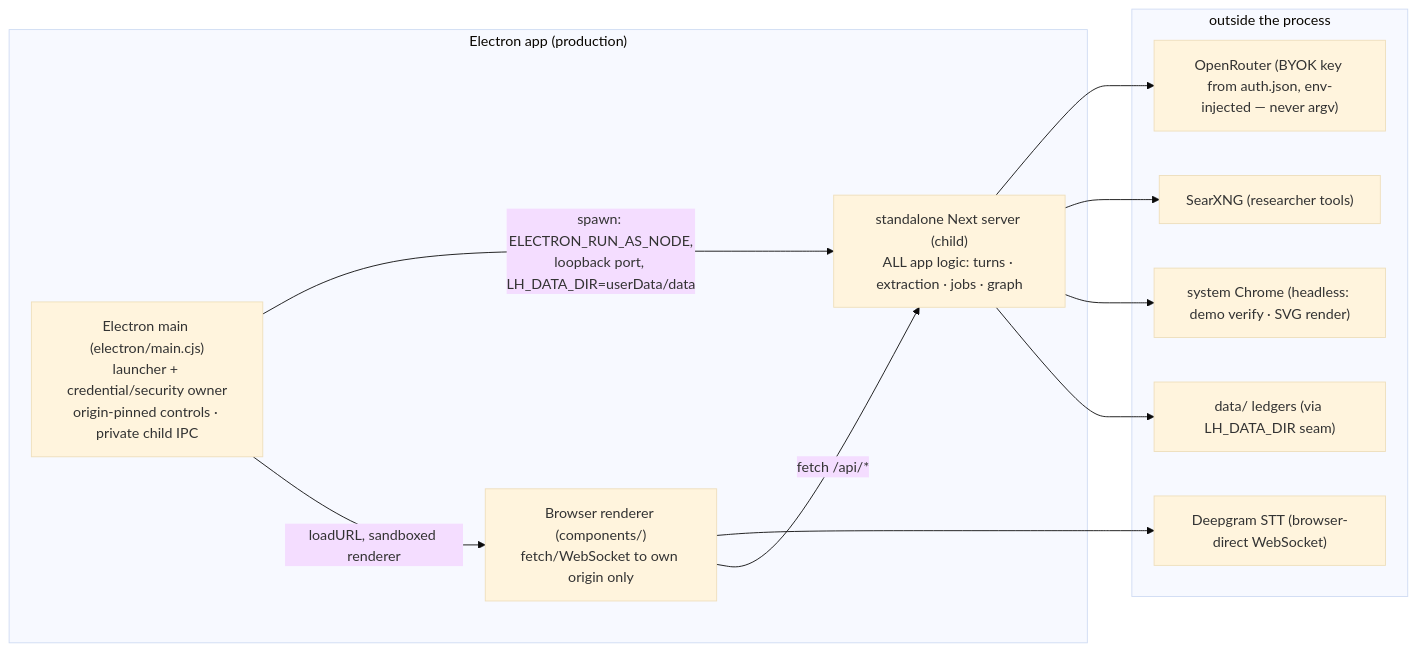
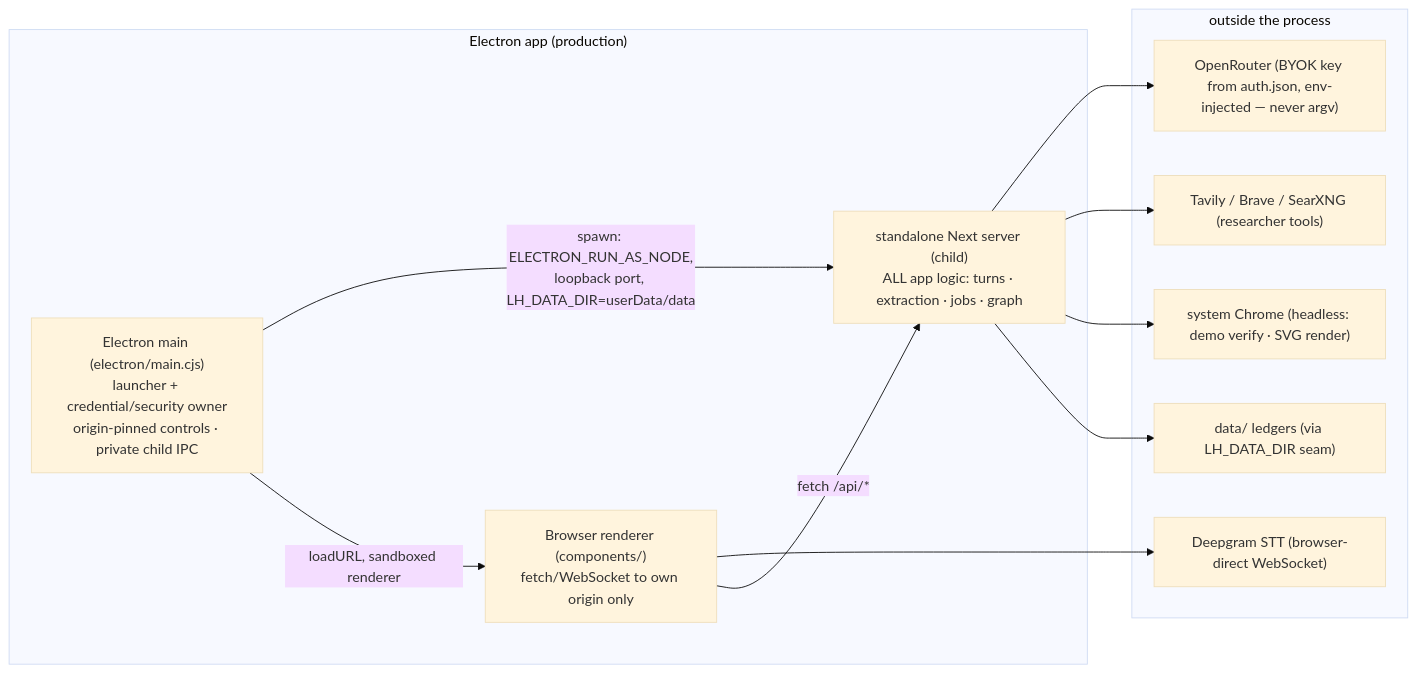
The seventh of 7 diagrams in docs/architecture.md (overcuriousity/learnharness), drawn with Mermaid (base theme) before and after one commit. The commit also changed other lines of this file and 25 other files, not shown here.

First line of the commit message:
Search: keep Tavily and Brave, add SearXNG as a third engine

````diff
--- a/docs/architecture.md
+++ b/docs/architecture.md
@@ -407,20 +407,20 @@
 ```mermaid
 flowchart LR
     subgraph DESKTOP["Electron app (production)"]
         MAIN["Electron main (electron/main.cjs)<br/>launcher + credential/security owner<br/>origin-pinned controls · private child IPC"] -->|"spawn: ELECTRON_RUN_AS_NODE,<br/>loopback port, LH_DATA_DIR=userData/data"| NEXT["standalone Next server (child)<br/>ALL app logic: turns · extraction · jobs · graph"]
         MAIN -->|"loadURL, sandboxed renderer"| REND["Browser renderer (components/)<br/>fetch/WebSocket to own origin only"]
     end
     subgraph OUTSIDE["outside the process"]
         OR["OpenRouter (BYOK key from auth.json, env-injected — never argv)"]
         DG["Deepgram STT (browser-direct WebSocket)"]
-        GCSE["SearXNG (researcher tools)"]
+        GCSE["Tavily / Brave / SearXNG (researcher tools)"]
         CHROME["system Chrome (headless: demo verify · SVG render)"]
         DISK["data/ ledgers (via LH_DATA_DIR seam)"]
     end
     NEXT --> OR
     NEXT --> GCSE
     NEXT --> CHROME
     NEXT --> DISK
     REND --> DG
     REND -->|"fetch /api/*"| NEXT
 ```
````
